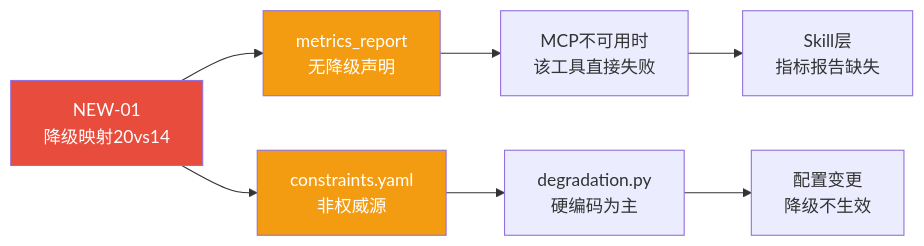
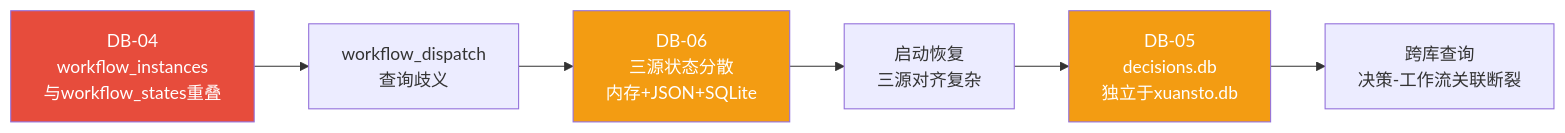
One commit to xuanyuanchumo/xuansto changed the third of 12 diagrams in docs/plan/REFACTOR_PLAN.md. Above: the diagram before and after it, drawn with Mermaid. The commit also changed other lines of this file and 34 other files, not shown here.

````diff
--- a/docs/plan/REFACTOR_PLAN.md
+++ b/docs/plan/REFACTOR_PLAN.md
@@ -191,14 +226,12 @@
 ```mermaid
 graph LR
-    A["NEW-01<br/>降级映射20vs14"] --> B["metrics_report<br/>无降级声明"]
-    B --> C["MCP不可用时<br/>该工具直接失败"]
-    C --> D["Skill层<br/>指标报告缺失"]
-
-    A --> E["constraints.yaml<br/>非权威源"]
-    E --> F["degradation.py<br/>硬编码为主"]
-    F --> G["配置变更<br/>降级不生效"]
+    A["DB-04<br/>workflow_instances<br/>与workflow_states重叠"] --> B["workflow_dispatch<br/>查询歧义"]
+    B --> C["DB-06<br/>三源状态分散<br/>内存+JSON+SQLite"]
+    C --> D["启动恢复<br/>三源对齐复杂"]
+    D --> E["DB-05<br/>decisions.db<br/>独立于xuansto.db"]
+    E --> F["跨库查询<br/>决策-工作流关联断裂"]
 
     style A fill:#e74c3c,color:#fff
-    style B fill:#f39c12,color:#fff
+    style C fill:#f39c12,color:#fff
     style E fill:#f39c12,color:#fff
 ```
````
